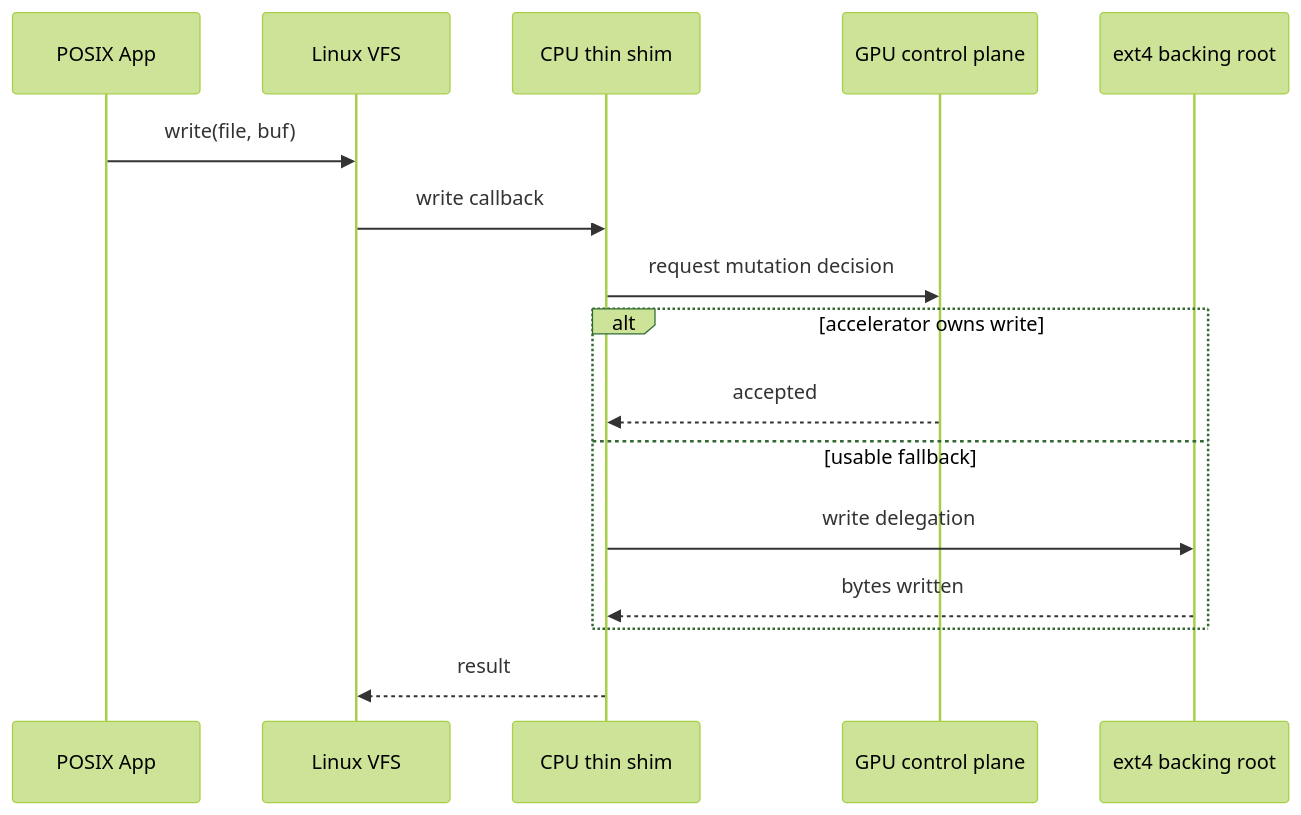
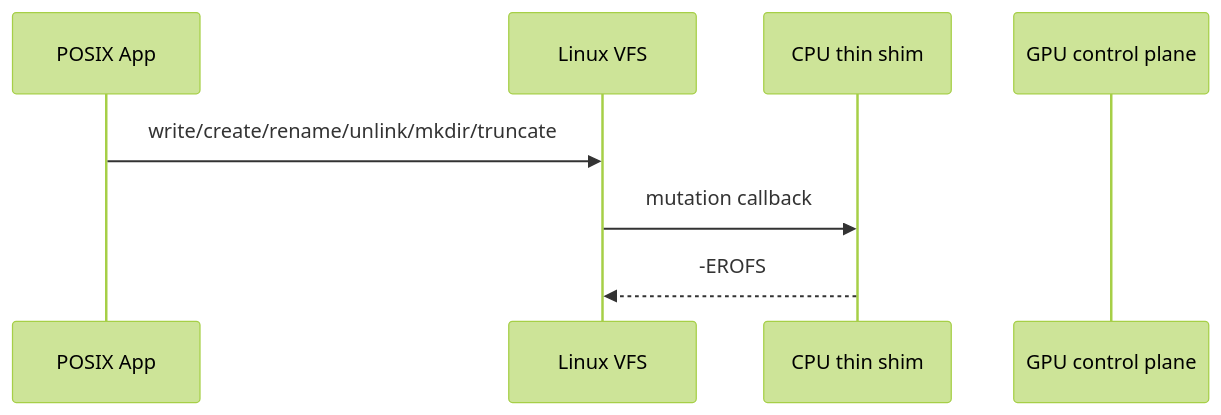
Before and after one commit to g122622/GLFS: the fourth of 4 diagrams in plans/GLFS SPEC.md, drawn with Mermaid (forest theme). The commit also changed other lines of this file and 5 other files, not shown here.

````diff
--- a/plans/GLFS SPEC.md
+++ b/plans/GLFS SPEC.md
@@ -366,19 +349,10 @@
 ```mermaid
 sequenceDiagram
     participant App as POSIX App
     participant VFS as Linux VFS
     participant Shim as CPU thin shim
     participant GPU as GPU control plane
-    participant EXT4 as ext4 backing root
-
-    App->>VFS: write(file, buf)
-    VFS->>Shim: write callback
-    Shim->>GPU: request mutation decision
-    alt accelerator owns write
-        GPU-->>Shim: accepted
-    else usable fallback
-        Shim->>EXT4: write delegation
-        EXT4-->>Shim: bytes written
-    end
-    Shim-->>VFS: result
+    App->>VFS: write/create/rename/unlink/mkdir/truncate
+    VFS->>Shim: mutation callback
+    Shim-->>VFS: -EROFS
 ```
````
